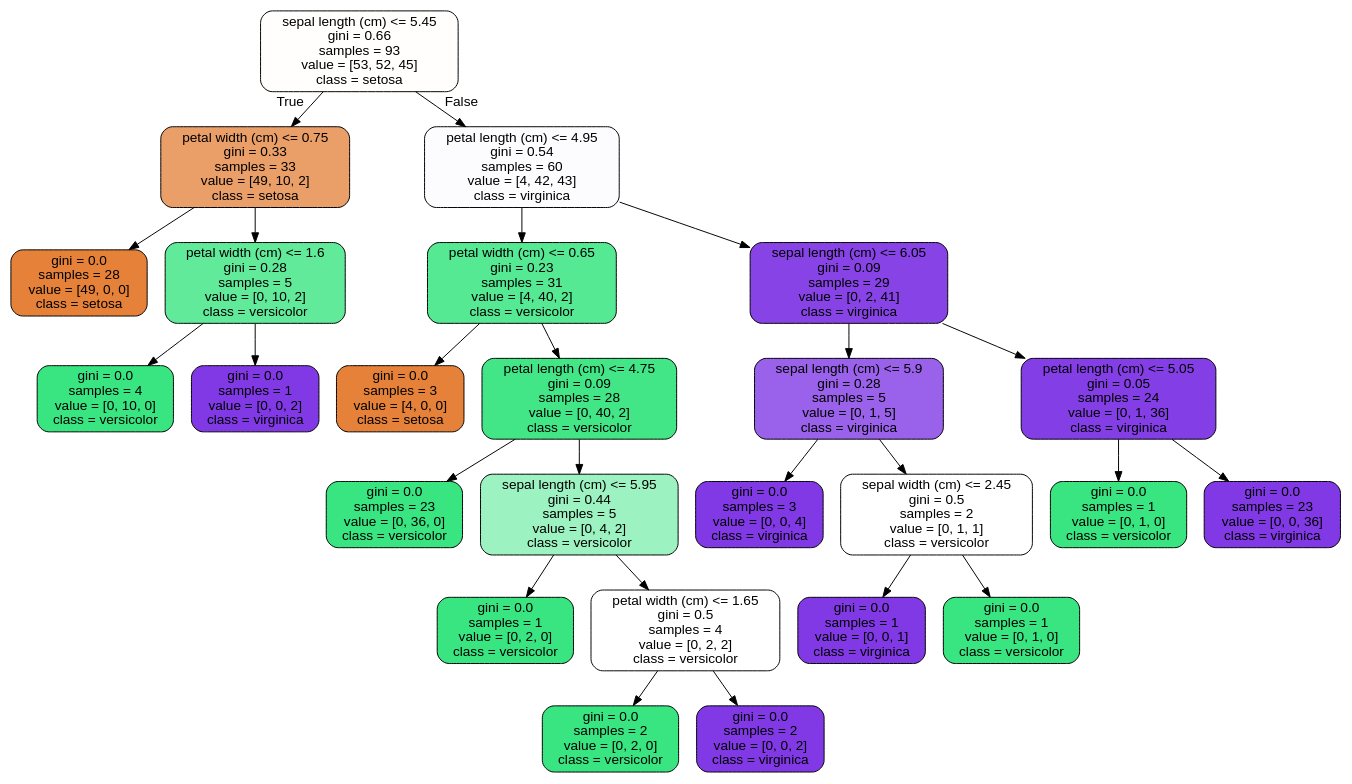
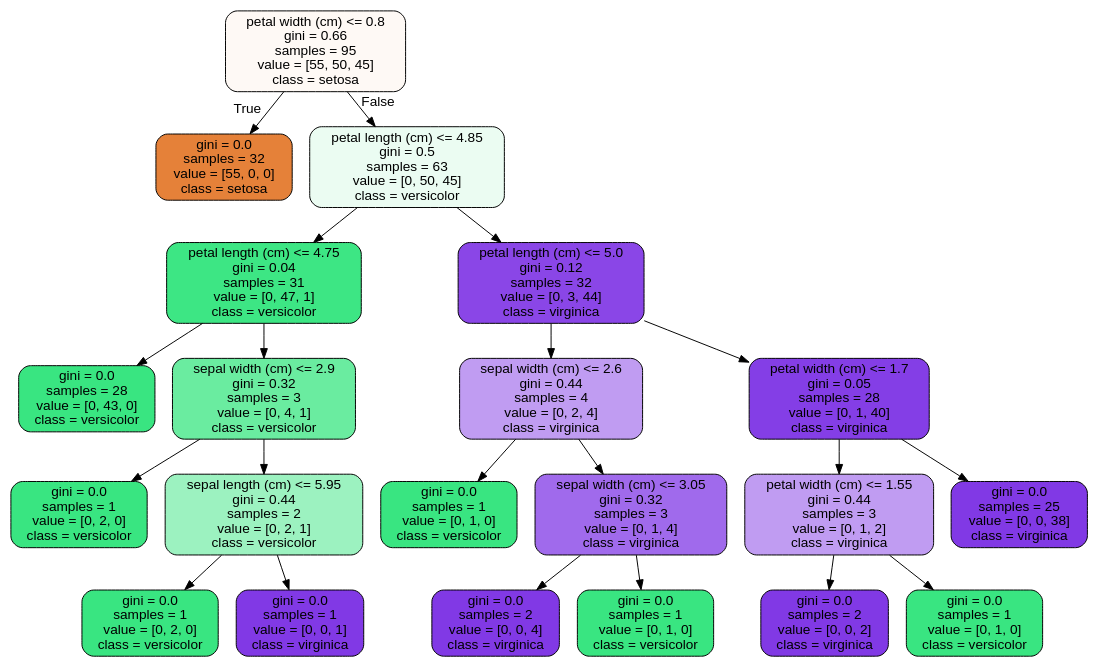
Before and after one commit to md-dehghan/Springboard: the diagram in case_study_part11/RandomForest Covid Case Study_06302020/tree.dot, drawn with Graphviz. The commit also changed 186 other files, not shown here.

```diff
--- a/case_study_part11/RandomForest Covid Case Study_06302020/tree.dot
+++ b/case_study_part11/RandomForest Covid Case Study_06302020/tree.dot
@@ -1,53 +1,45 @@
 digraph Tree {
 node [shape=box, style="filled, rounded", color="black", fontname=helvetica] ;
 edge [fontname=helvetica] ;
-0 [label="sepal length (cm) <= 5.45\ngini = 0.66\nsamples = 93\nvalue = [53, 52, 45]\nclass = setosa", fillcolor="#fffefd"] ;
-1 [label="petal width (cm) <= 0.75\ngini = 0.33\nsamples = 33\nvalue = [49, 10, 2]\nclass = setosa", fillcolor="#eb9f68"] ;
+0 [label="petal width (cm) <= 0.8\ngini = 0.66\nsamples = 95\nvalue = [55, 50, 45]\nclass = setosa", fillcolor="#fef9f5"] ;
+1 [label="gini = 0.0\nsamples = 32\nvalue = [55, 0, 0]\nclass = setosa", fillcolor="#e58139"] ;
 0 -> 1 [labeldistance=2.5, labelangle=45, headlabel="True"] ;
-2 [label="gini = 0.0\nsamples = 28\nvalue = [49, 0, 0]\nclass = setosa", fillcolor="#e58139"] ;
-1 -> 2 ;
-3 [label="petal width (cm) <= 1.6\ngini = 0.28\nsamples = 5\nvalue = [0, 10, 2]\nclass = versicolor", fillcolor="#61ea9a"] ;
-1 -> 3 ;
-4 [label="gini = 0.0\nsamples = 4\nvalue = [0, 10, 0]\nclass = versicolor", fillcolor="#39e581"] ;
+2 [label="petal length (cm) <= 4.85\ngini = 0.5\nsamples = 63\nvalue = [0, 50, 45]\nclass = versicolor", fillcolor="#ebfcf2"] ;
+0 -> 2 [labeldistance=2.5, labelangle=-45, headlabel="False"] ;
+3 [label="petal length (cm) <= 4.75\ngini = 0.04\nsamples = 31\nvalue = [0, 47, 1]\nclass = versicolor", fillcolor="#3de684"] ;
+2 -> 3 ;
+4 [label="gini = 0.0\nsamples = 28\nvalue = [0, 43, 0]\nclass = versicolor", fillcolor="#39e581"] ;
 3 -> 4 ;
-5 [label="gini = 0.0\nsamples = 1\nvalue = [0, 0, 2]\nclass = virginica", fillcolor="#8139e5"] ;
+5 [label="sepal width (cm) <= 2.9\ngini = 0.32\nsamples = 3\nvalue = [0, 4, 1]\nclass = versicolor", fillcolor="#6aeca0"] ;
 3 -> 5 ;
-6 [label="petal length (cm) <= 4.95\ngini = 0.54\nsamples = 60\nvalue = [4, 42, 43]\nclass = virginica", fillcolor="#fcfbfe"] ;
-0 -> 6 [labeldistance=2.5, labelangle=-45, headlabel="False"] ;
-7 [label="petal width (cm) <= 0.65\ngini = 0.23\nsamples = 31\nvalue = [4, 40, 2]\nclass = versicolor", fillcolor="#55e993"] ;
-6 -> 7 ;
-8 [label="gini = 0.0\nsamples = 3\nvalue = [4, 0, 0]\nclass = setosa", fillcolor="#e58139"] ;
+6 [label="gini = 0.0\nsamples = 1\nvalue = [0, 2, 0]\nclass = versicolor", fillcolor="#39e581"] ;
+5 -> 6 ;
+7 [label="sepal length (cm) <= 5.95\ngini = 0.44\nsamples = 2\nvalue = [0, 2, 1]\nclass = versicolor", fillcolor="#9cf2c0"] ;
+5 -> 7 ;
+8 [label="gini = 0.0\nsamples = 1\nvalue = [0, 2, 0]\nclass = versicolor", fillcolor="#39e581"] ;
 7 -> 8 ;
-9 [label="petal length (cm) <= 4.75\ngini = 0.09\nsamples = 28\nvalue = [0, 40, 2]\nclass = versicolor", fillcolor="#43e687"] ;
+9 [label="gini = 0.0\nsamples = 1\nvalue = [0, 0, 1]\nclass = virginica", fillcolor="#8139e5"] ;
 7 -> 9 ;
-10 [label="gini = 0.0\nsamples = 23\nvalue = [0, 36, 0]\nclass = versicolor", fillcolor="#39e581"] ;
-9 -> 10 ;
-11 [label="sepal length (cm) <= 5.95\ngini = 0.44\nsamples = 5\nvalue = [0, 4, 2]\nclass = versicolor", fillcolor="#9cf2c0"] ;
-9 -> 11 ;
-12 [label="gini = 0.0\nsamples = 1\nvalue = [0, 2, 0]\nclass = versicolor", fillcolor="#39e581"] ;
+10 [label="petal length (cm) <= 5.0\ngini = 0.12\nsamples = 32\nvalue = [0, 3, 44]\nclass = virginica", fillcolor="#8a46e7"] ;
+2 -> 10 ;
+11 [label="sepal width (cm) <= 2.6\ngini = 0.44\nsamples = 4\nvalue = [0, 2, 4]\nclass = virginica", fillcolor="#c09cf2"] ;
+10 -> 11 ;
+12 [label="gini = 0.0\nsamples = 1\nvalue = [0, 1, 0]\nclass = versicolor", fillcolor="#39e581"] ;
 11 -> 12 ;
-13 [label="petal width (cm) <= 1.65\ngini = 0.5\nsamples = 4\nvalue = [0, 2, 2]\nclass = versicolor", fillcolor="#ffffff"] ;
+13 [label="sepal width (cm) <= 3.05\ngini = 0.32\nsamples = 3\nvalue = [0, 1, 4]\nclass = virginica", fillcolor="#a06aec"] ;
 11 -> 13 ;
-14 [label="gini = 0.0\nsamples = 2\nvalue = [0, 2, 0]\nclass = versicolor", fillcolor="#39e581"] ;
+14 [label="gini = 0.0\nsamples = 2\nvalue = [0, 0, 4]\nclass = virginica", fillcolor="#8139e5"] ;
 13 -> 14 ;
-15 [label="gini = 0.0\nsamples = 2\nvalue = [0, 0, 2]\nclass = virginica", fillcolor="#8139e5"] ;
+15 [label="gini = 0.0\nsamples = 1\nvalue = [0, 1, 0]\nclass = versicolor", fillcolor="#39e581"] ;
 13 -> 15 ;
-16 [label="sepal length (cm) <= 6.05\ngini = 0.09\nsamples = 29\nvalue = [0, 2, 41]\nclass = virginica", fillcolor="#8743e6"] ;
-6 -> 16 ;
-17 [label="sepal length (cm) <= 5.9\ngini = 0.28\nsamples = 5\nvalue = [0, 1, 5]\nclass = virginica", fillcolor="#9a61ea"] ;
+16 [label="petal width (cm) <= 1.7\ngini = 0.05\nsamples = 28\nvalue = [0, 1, 40]\nclass = virginica", fillcolor="#843ee6"] ;
+10 -> 16 ;
+17 [label="petal width (cm) <= 1.55\ngini = 0.44\nsamples = 3\nvalue = [0, 1, 2]\nclass = virginica", fillcolor="#c09cf2"] ;
 16 -> 17 ;
-18 [label="gini = 0.0\nsamples = 3\nvalue = [0, 0, 4]\nclass = virginica", fillcolor="#8139e5"] ;
+18 [label="gini = 0.0\nsamples = 2\nvalue = [0, 0, 2]\nclass = virginica", fillcolor="#8139e5"] ;
 17 -> 18 ;
-19 [label="sepal width (cm) <= 2.45\ngini = 0.5\nsamples = 2\nvalue = [0, 1, 1]\nclass = versicolor", fillcolor="#ffffff"] ;
+19 [label="gini = 0.0\nsamples = 1\nvalue = [0, 1, 0]\nclass = versicolor", fillcolor="#39e581"] ;
 17 -> 19 ;
-20 [label="gini = 0.0\nsamples = 1\nvalue = [0, 0, 1]\nclass = virginica", fillcolor="#8139e5"] ;
-19 -> 20 ;
-21 [label="gini = 0.0\nsamples = 1\nvalue = [0, 1, 0]\nclass = versicolor", fillcolor="#39e581"] ;
-19 -> 21 ;
-22 [label="petal length (cm) <= 5.05\ngini = 0.05\nsamples = 24\nvalue = [0, 1, 36]\nclass = virginica", fillcolor="#843ee6"] ;
-16 -> 22 ;
-23 [label="gini = 0.0\nsamples = 1\nvalue = [0, 1, 0]\nclass = versicolor", fillcolor="#39e581"] ;
-22 -> 23 ;
-24 [label="gini = 0.0\nsamples = 23\nvalue = [0, 0, 36]\nclass = virginica", fillcolor="#8139e5"] ;
-22 -> 24 ;
+20 [label="gini = 0.0\nsamples = 25\nvalue = [0, 0, 38]\nclass = virginica", fillcolor="#8139e5"] ;
+16 -> 20 ;
 }
```
